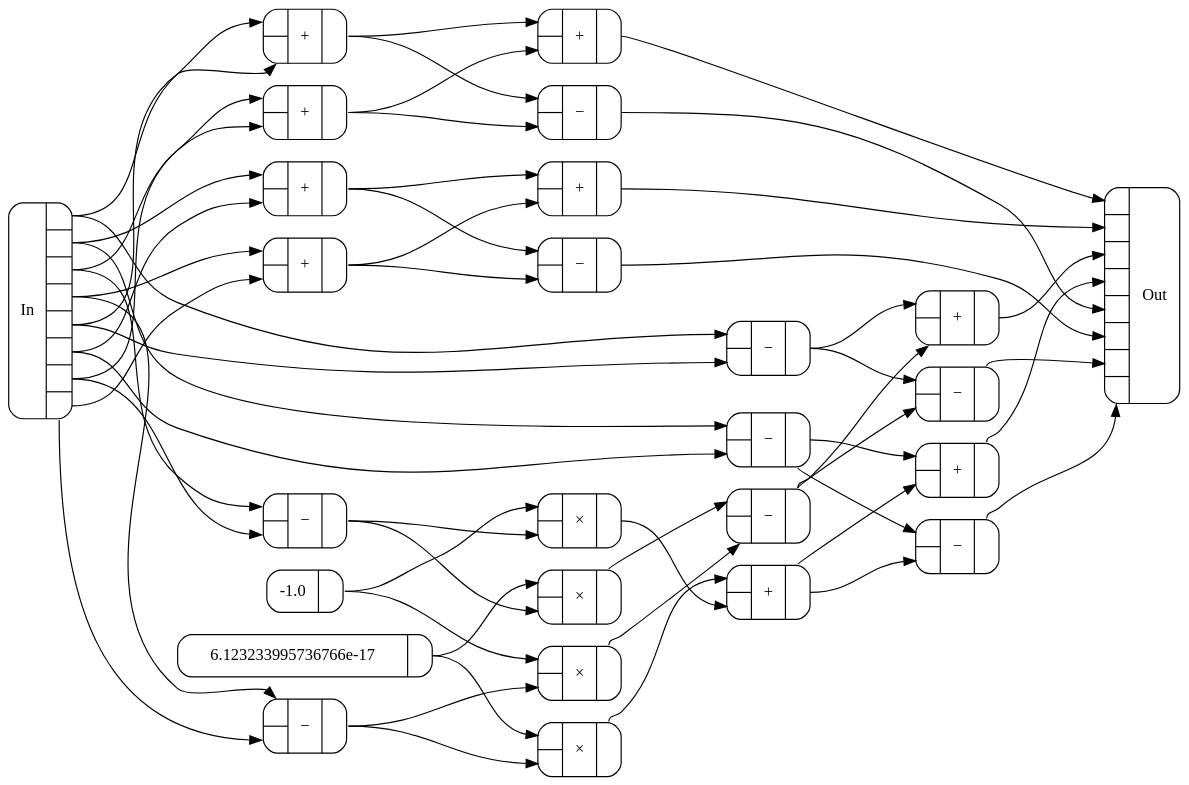
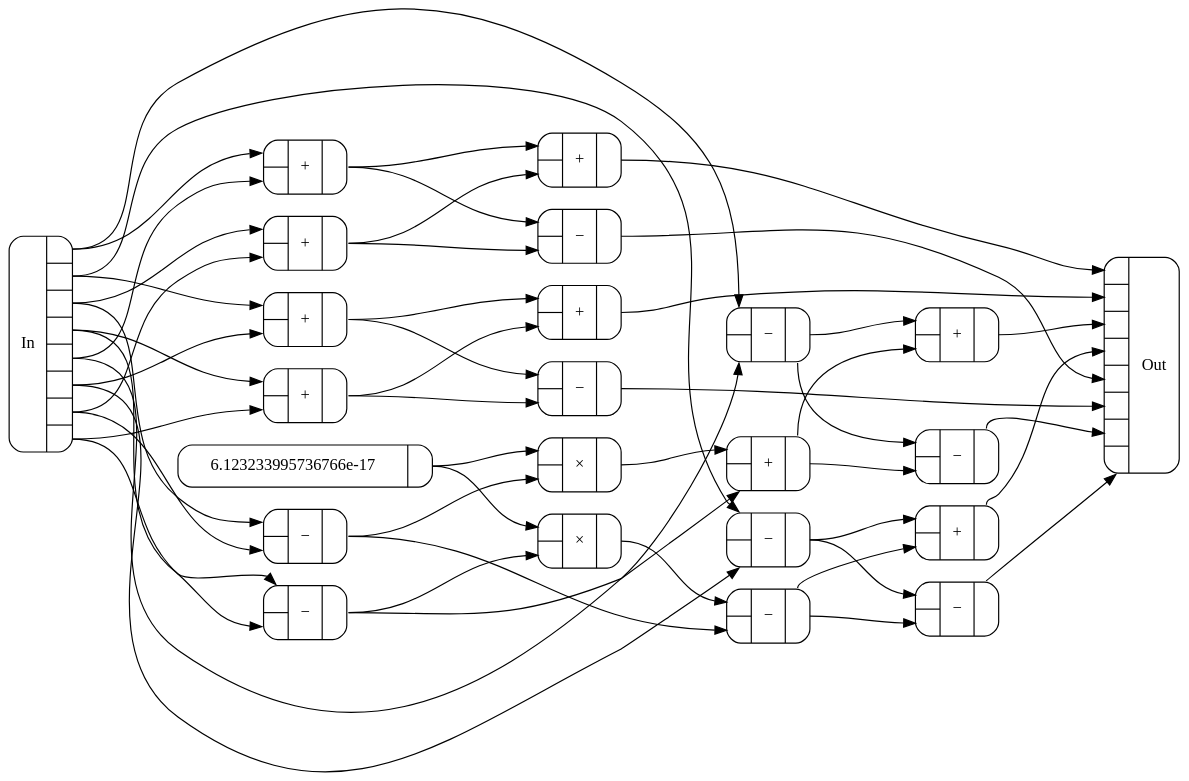
Before and after one commit to conal/talk-2016-generic-fft: the diagram in Figures/circuits/fft-rb2.dot, drawn with Graphviz. The commit also changed 1 other file, not shown here.

```diff
--- a/Figures/circuits/fft-rb2.dot
+++ b/Figures/circuits/fft-rb2.dot
@@ -1,87 +1,80 @@
 digraph fft_rb2 {
   rankdir=LR;
   node [shape=Mrecord];
   bgcolor=transparent;
   nslimit=20;
   ranksep="1.25";
   c0 [label="{{<In0>|<In1>}|+|{<Out0>}}"];
   c1 [label="{{<In0>|<In1>}|+|{<Out0>}}"];
   c2 [label="{{<In0>|<In1>}|+|{<Out0>}}"];
   c3 [label="{{<In0>|<In1>}|+|{<Out0>}}"];
   c4 [label="{{<In0>|<In1>}|+|{<Out0>}}"];
   c5 [label="{{<In0>|<In1>}|+|{<Out0>}}"];
   c6 [label="{{<In0>|<In1>}|+|{<Out0>}}"];
   c7 [label="{{<In0>|<In1>}|+|{<Out0>}}"];
   c8 [label="{{<In0>|<In1>}|+|{<Out0>}}"];
-  c10 [label="{-1.0|{<Out0>}}"];
   c25 [label="{6.123233995736766e-17|{<Out0>}}"];
   c27 [label="{In|{<Out0>|<Out1>|<Out2>|<Out3>|<Out4>|<Out5>|<Out6>|<Out7>}}"];
   c28 [label="{{<In0>|<In1>|<In2>|<In3>|<In4>|<In5>|<In6>|<In7>}|Out}"];
-  c29 [label="{{<In0>|<In1>}|\×|{<Out0>}}"];
-  c30 [label="{{<In0>|<In1>}|\×|{<Out0>}}"];
   c31 [label="{{<In0>|<In1>}|\×|{<Out0>}}"];
   c32 [label="{{<In0>|<In1>}|\×|{<Out0>}}"];
   c33 [label="{{<In0>|<In1>}|\−|{<Out0>}}"];
   c34 [label="{{<In0>|<In1>}|\−|{<Out0>}}"];
   c35 [label="{{<In0>|<In1>}|\−|{<Out0>}}"];
   c36 [label="{{<In0>|<In1>}|\−|{<Out0>}}"];
   c37 [label="{{<In0>|<In1>}|\−|{<Out0>}}"];
   c38 [label="{{<In0>|<In1>}|\−|{<Out0>}}"];
   c39 [label="{{<In0>|<In1>}|\−|{<Out0>}}"];
   c40 [label="{{<In0>|<In1>}|\−|{<Out0>}}"];
   c41 [label="{{<In0>|<In1>}|\−|{<Out0>}}"];
-  c27:Out0 -> c0:In0;
-  c27:Out4 -> c0:In1;
-  c27:Out1 -> c1:In0;
-  c27:Out5 -> c1:In1;
-  c27:Out2 -> c2:In0;
-  c27:Out6 -> c2:In1;
-  c27:Out3 -> c3:In0;
-  c27:Out7 -> c3:In1;
-  c0:Out0 -> c4:In0;
-  c2:Out0 -> c4:In1;
-  c1:Out0 -> c5:In0;
-  c3:Out0 -> c5:In1;
-  c33:Out0 -> c6:In0;
-  c41:Out0 -> c6:In1;
-  c34:Out0 -> c7:In0;
-  c8:Out0 -> c7:In1;
-  c32:Out0 -> c8:In0;
-  c29:Out0 -> c8:In1;
-  c4:Out0 -> c28:In0;
-  c5:Out0 -> c28:In1;
-  c6:Out0 -> c28:In2;
-  c7:Out0 -> c28:In3;
-  c37:Out0 -> c28:In4;
-  c38:Out0 -> c28:In5;
-  c39:Out0 -> c28:In6;
-  c40:Out0 -> c28:In7;
-  c10:Out0 -> c29:In0;
-  c35:Out0 -> c29:In1;
-  c10:Out0 -> c30:In0;
-  c36:Out0 -> c30:In1;
-  c25:Out0 -> c31:In0;
-  c35:Out0 -> c31:In1;
-  c25:Out0 -> c32:In0;
-  c36:Out0 -> c32:In1;
-  c27:Out0 -> c33:In0;
-  c27:Out4 -> c33:In1;
-  c27:Out1 -> c34:In0;
-  c27:Out5 -> c34:In1;
-  c27:Out2 -> c35:In0;
-  c27:Out6 -> c35:In1;
-  c27:Out3 -> c36:In0;
-  c27:Out7 -> c36:In1;
-  c0:Out0 -> c37:In0;
-  c2:Out0 -> c37:In1;
-  c1:Out0 -> c38:In0;
-  c3:Out0 -> c38:In1;
-  c33:Out0 -> c39:In0;
-  c41:Out0 -> c39:In1;
-  c34:Out0 -> c40:In0;
-  c8:Out0 -> c40:In1;
-  c31:Out0 -> c41:In0;
-  c30:Out0 -> c41:In1;
+  c27:Out0 -> c0:In0
+  c27:Out4 -> c0:In1
+  c27:Out1 -> c1:In0
+  c27:Out5 -> c1:In1
+  c27:Out2 -> c2:In0
+  c27:Out6 -> c2:In1
+  c27:Out3 -> c3:In0
+  c27:Out7 -> c3:In1
+  c0:Out0 -> c4:In0
+  c2:Out0 -> c4:In1
+  c1:Out0 -> c5:In0
+  c3:Out0 -> c5:In1
+  c33:Out0 -> c6:In0
+  c8:Out0 -> c6:In1
+  c34:Out0 -> c7:In0
+  c41:Out0 -> c7:In1
+  c31:Out0 -> c8:In0
+  c36:Out0 -> c8:In1
+  c4:Out0 -> c28:In0
+  c5:Out0 -> c28:In1
+  c6:Out0 -> c28:In2
+  c7:Out0 -> c28:In3
+  c37:Out0 -> c28:In4
+  c38:Out0 -> c28:In5
+  c39:Out0 -> c28:In6
+  c40:Out0 -> c28:In7
+  c25:Out0 -> c31:In0
+  c35:Out0 -> c31:In1
+  c25:Out0 -> c32:In0
+  c36:Out0 -> c32:In1
+  c27:Out0 -> c33:In0
+  c27:Out4 -> c33:In1
+  c27:Out1 -> c34:In0
+  c27:Out5 -> c34:In1
+  c27:Out2 -> c35:In0
+  c27:Out6 -> c35:In1
+  c27:Out3 -> c36:In0
+  c27:Out7 -> c36:In1
+  c0:Out0 -> c37:In0
+  c2:Out0 -> c37:In1
+  c1:Out0 -> c38:In0
+  c3:Out0 -> c38:In1
+  c33:Out0 -> c39:In0
+  c8:Out0 -> c39:In1
+  c34:Out0 -> c40:In0
+  c41:Out0 -> c40:In1
+  c32:Out0 -> c41:In0
+  c35:Out0 -> c41:In1
 }
 
-// fft-rb2 components: 9 +, 1 -1.0, 1 6.123233995736766e-17, 4 ×, 9 −, 24 total. Max depth: 4.
+// fft-rb2 components: 9 +, 1 6.123233995736766e-17, 2 ×, 9 −, 21 total. Max depth: 4.
```
